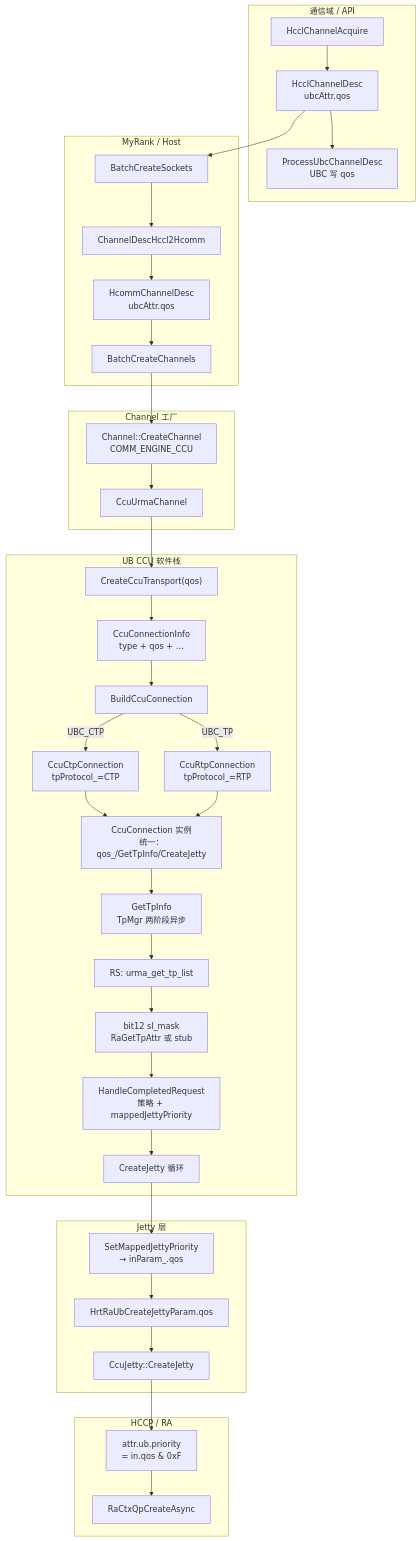
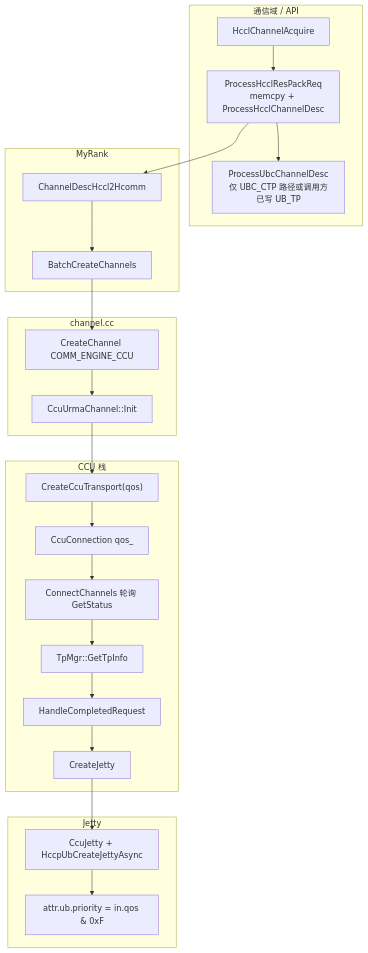
The first of 3 diagrams in docs/ccu_ubc_qos_to_jetty_priority_flow.md (libochao-huawei/hcomm), drawn with Mermaid before and after one commit. The commit also changed other lines of this file and 4 other files, not shown here.

Commit message:
aicpu urma qos

````diff
--- a/docs/ccu_ubc_qos_to_jetty_priority_flow.md
+++ b/docs/ccu_ubc_qos_to_jetty_priority_flow.md
@@ -221,62 +257,37 @@
 ```mermaid
 flowchart TB
     subgraph Comm["通信域 / API"]
         HCA["HcclChannelAcquire"]
-        HCD["HcclChannelDesc\nubcAttr.qos"]
-        PUBC["ProcessUbcChannelDesc\nUBC 写 qos"]
+        PREQ["ProcessHcclResPackReq\nmemcpy + ProcessHcclChannelDesc"]
+        PUBC["ProcessUbcChannelDesc\n仅 UBC_CTP 路径或调用方已写 UB_TP"]
     end
 
-    subgraph Rank["MyRank / Host"]
-        BCS["BatchCreateSockets"]
+    subgraph Rank["MyRank"]
         C2H["ChannelDescHccl2Hcomm"]
-        HcommD["HcommChannelDesc\nubcAttr.qos"]
         BCC["BatchCreateChannels"]
     end
 
-    subgraph Factory["Channel 工厂"]
-        CH["Channel::CreateChannel\nCOMM_ENGINE_CCU"]
-        CUR["CcuUrmaChannel"]
+    subgraph Factory["channel.cc"]
+        CH["CreateChannel COMM_ENGINE_CCU"]
+        CUR["CcuUrmaChannel::Init"]
     end
 
-    subgraph UBStack["UB CCU 软件栈"]
+    subgraph UBStack["CCU 栈"]
         CCT["CreateCcuTransport(qos)"]
-        CCI["CcuConnectionInfo\n type + qos + …"]
-        BC["BuildCcuConnection"]
-        CTP["CcuCtpConnection\ntpProtocol_=CTP"]
-        RTP["CcuRtpConnection\ntpProtocol_=RTP"]
-        CC["CcuConnection 实例\n统一：qos_/GetTpInfo/CreateJetty"]
-        GTI["GetTpInfo\nTpMgr 两阶段异步"]
-        URMA["RS: urma_get_tp_list"]
-        GATTR["bit12 sl_mask\nRaGetTpAttr 或 stub"]
-        POL["HandleCompletedRequest\n策略 + mappedJettyPriority"]
-        CJ["CreateJetty 循环"]
+        CC["CcuConnection qos_"]
+        POLL["ConnectChannels 轮询 GetStatus"]
+        GTI["TpMgr::GetTpInfo"]
+        POL["HandleCompletedRequest"]
+        CJ["CreateJetty"]
     end
 
-    subgraph Jetty["Jetty 层"]
-        JMAP["SetMappedJettyPriority\n→ inParam_.qos"]
-        INP["HrtRaUbCreateJettyParam.qos"]
-        JCR["CcuJetty::CreateJetty"]
+    subgraph Jetty["Jetty"]
+        J["CcuJetty + HccpUbCreateJettyAsync"]
+        AD["attr.ub.priority = in.qos & 0xF"]
     end
 
-    subgraph Adapter["HCCP / RA"]
-        HCP["attr.ub.priority\n= in.qos & 0xF"]
-        RA["RaCtxQpCreateAsync"]
-    end
-
-    HCA --> HCD
-    HCD --> PUBC
-    HCD --> BCS
-    BCS --> C2H --> HcommD
-    HcommD --> BCC --> CH --> CUR
-    CUR --> CCT --> CCI --> BC
-    BC -->|UBC_CTP| CTP
-    BC -->|UBC_TP| RTP
-    CTP --> CC
-    RTP --> CC
-    CC --> GTI --> URMA
-    URMA --> GATTR
-    GATTR --> POL
-    POL --> CJ
-    CJ --> JMAP --> INP --> JCR
-    JCR --> HCP --> RA
+    HCA --> PREQ
+    PREQ --> PUBC
+    PREQ --> C2H --> BCC --> CH --> CUR
+    CUR --> CCT --> CC --> POLL --> GTI --> POL --> CJ --> J --> AD
 ```
````
